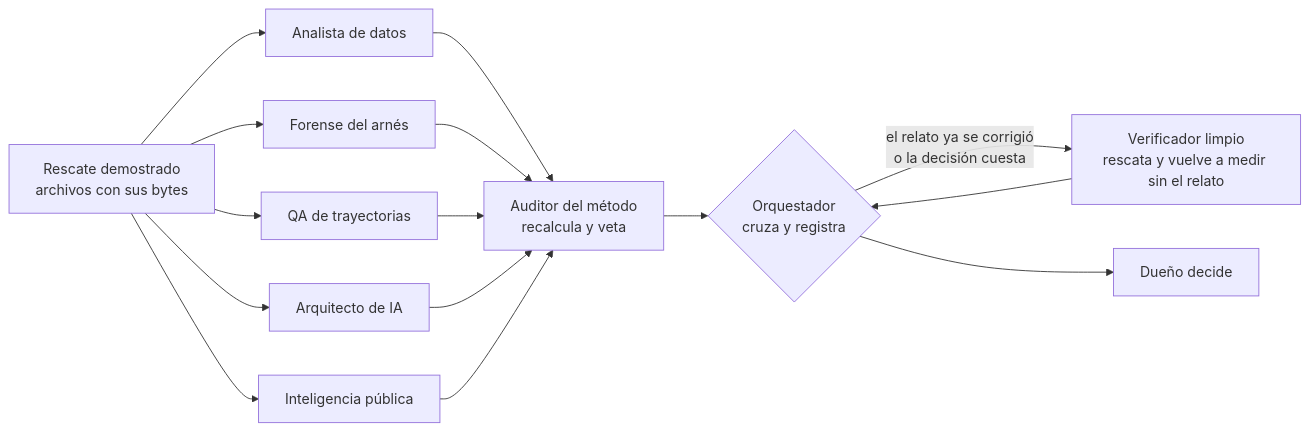
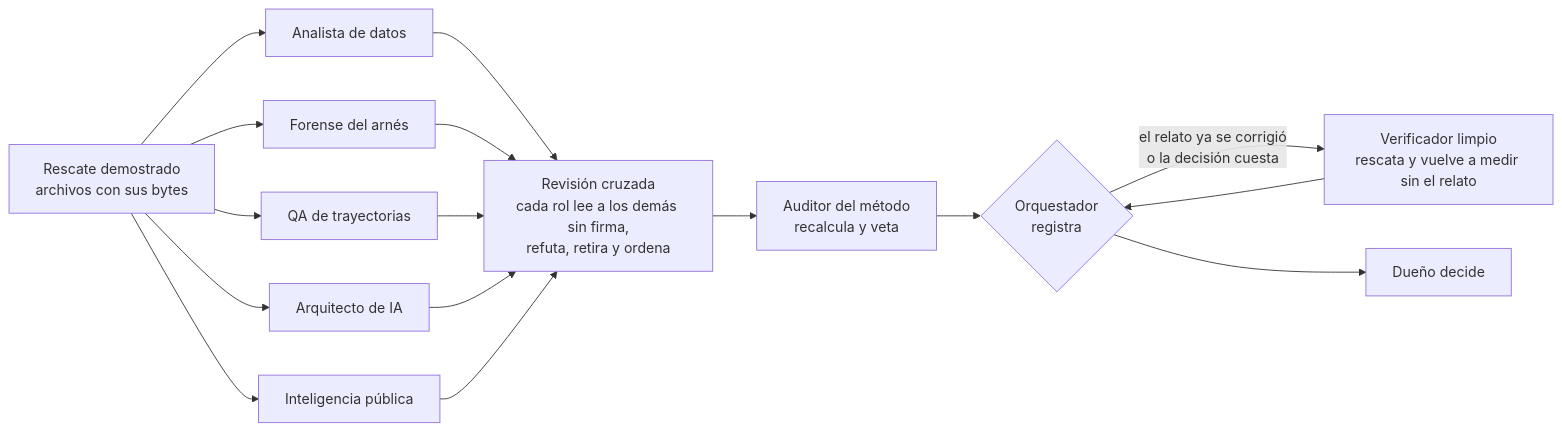
One commit to cherrera0001/Agents_Learning_Loops changed the second of 2 diagrams in docs/entorno/agentes.md. Above: the diagram before and after it, drawn with Mermaid. The commit also changed other lines of this file and 8 other files, not shown here.

First line of the commit message:
docs(kaggle): vuelta 43 del concilio: hallazgos, predicciones y revisión cruzada (#103, #180) (#183)

````diff
--- a/docs/entorno/agentes.md
+++ b/docs/entorno/agentes.md
@@ -166,17 +166,18 @@
 ```mermaid
 flowchart LR
     R["Rescate demostrado<br/>archivos con sus bytes"] --> D["Analista de datos"]
     R --> F["Forense del arnés"]
     R --> Q["QA de trayectorias"]
     R --> A["Arquitecto de IA"]
     R --> P["Inteligencia pública"]
-    D --> M["Auditor del método<br/>recalcula y veta"]
-    F --> M
-    Q --> M
-    A --> M
-    P --> M
-    M --> O{"Orquestador<br/>cruza y registra"}
+    D --> X["Revisión cruzada<br/>cada rol lee a los demás sin firma,<br/>refuta, retira y ordena"]
+    F --> X
+    Q --> X
+    A --> X
+    P --> X
+    X --> M["Auditor del método<br/>recalcula y veta"]
+    M --> O{"Orquestador<br/>registra"}
     O -->|el relato ya se corrigió<br/>o la decisión cuesta| V["Verificador limpio<br/>rescata y vuelve a medir sin el relato"]
     V --> O
     O --> U["Dueño decide"]
 ```
````
